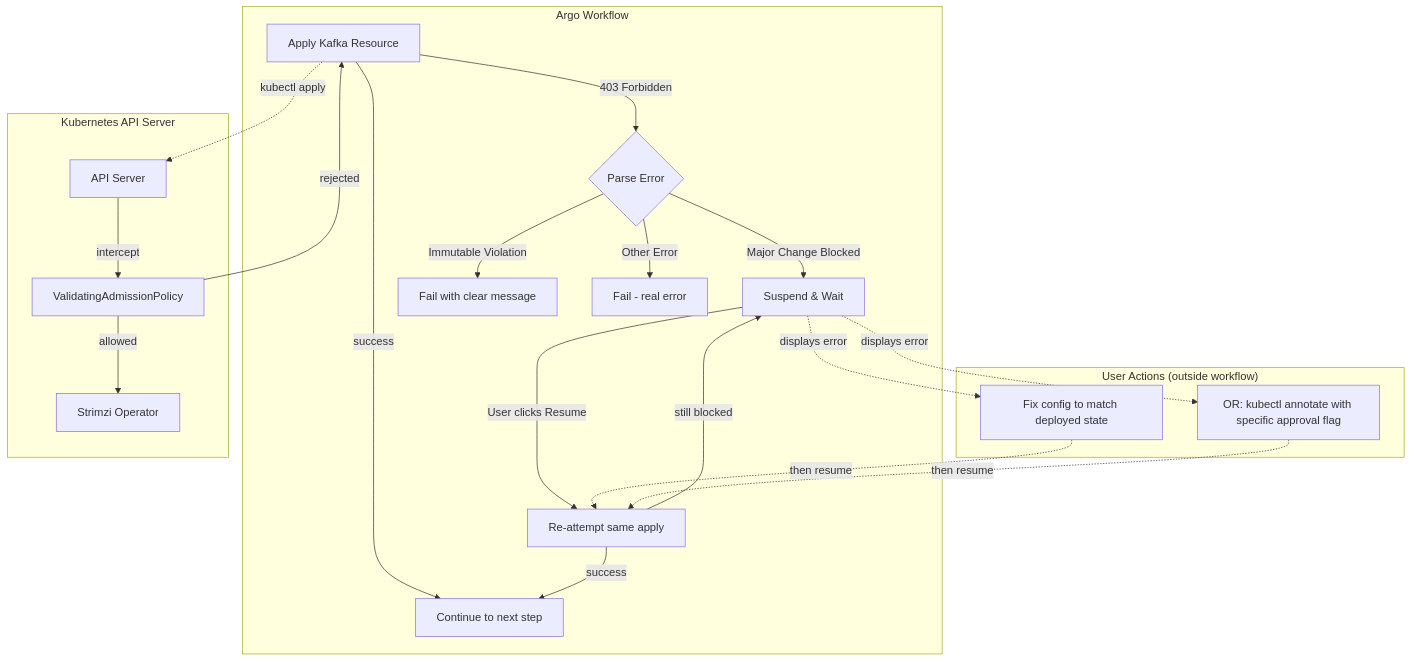
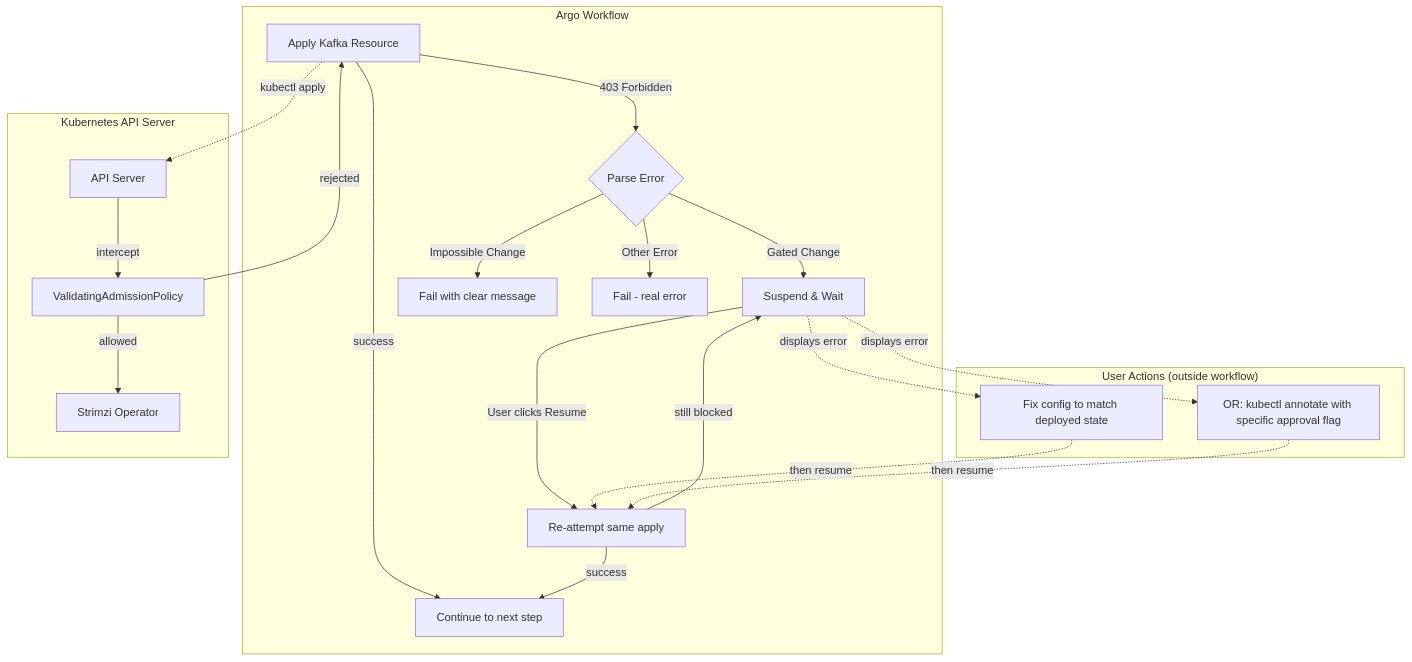
The first of 3 diagrams in docs/reconfiguringWorkflows.md (opensearch-project/opensearch-migrations), drawn with Mermaid before and after one commit. The commit also changed other lines of this file, not shown here.

````diff
--- a/docs/reconfiguringWorkflows.md
+++ b/docs/reconfiguringWorkflows.md
@@ -26,34 +26,34 @@
 ```mermaid
 flowchart TB
     subgraph Workflow["Argo Workflow"]
         A[Apply Kafka Resource] -->|success| B[Continue to next step]
         A -->|403 Forbidden| C{Parse Error}
-        C -->|"Major Change Blocked"| D[Suspend & Wait]
-        C -->|"Immutable Violation"| E[Fail with clear message]
+        C -->|"Gated Change"| D[Suspend & Wait]
+        C -->|"Impossible Change"| E[Fail with clear message]
         C -->|"Other Error"| F[Fail - real error]
         D -->|"User clicks Resume"| G[Re-attempt same apply]
         G -->|success| B
         G -->|still blocked| D
     end
 
     subgraph User["User Actions (outside workflow)"]
         U1[Fix config to match deployed state]
         U2[OR: kubectl annotate with specific approval flag]
     end
 
     subgraph K8s["Kubernetes API Server"]
         VAP[ValidatingAdmissionPolicy]
         API[API Server]
         Strimzi[Strimzi Operator]
     end
 
     D -.->|"displays error"| U1
     D -.->|"displays error"| U2
     U1 -.->|"then resume"| G
     U2 -.->|"then resume"| G
 
     A -.->|kubectl apply| API
     API -->|intercept| VAP
     VAP -->|allowed| Strimzi
     VAP -->|rejected| A
 ```
````
